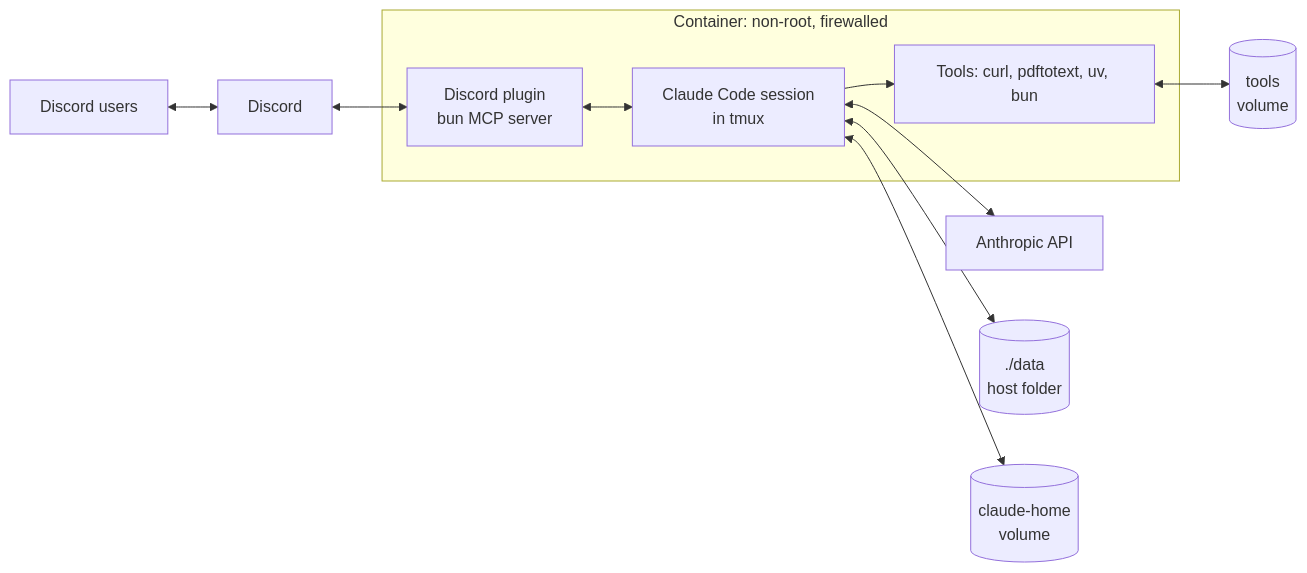
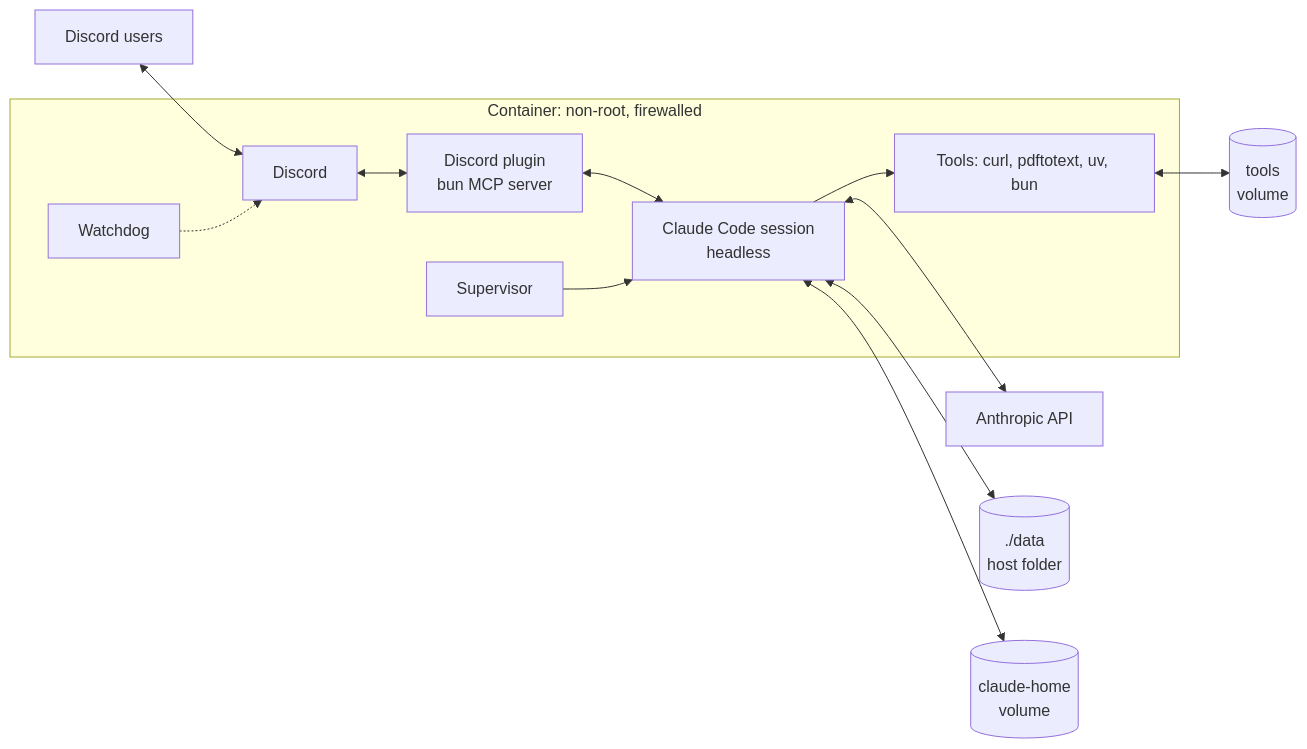
One commit to thewh1teagle/sancho changed the diagram in docs/ARCHITECTURE.md. Above: the diagram before and after it, drawn with Mermaid. The commit also changed other lines of this file and 7 other files, not shown here.

First line of the commit message:
Run Claude headless under a supervisor, add API-error watchdog

````diff
--- a/docs/ARCHITECTURE.md
+++ b/docs/ARCHITECTURE.md
@@ -5,13 +5,15 @@
 ```mermaid
 flowchart LR
     U[Discord users] <--> D[Discord]
     subgraph C[Container: non-root, firewalled]
-        P[Discord plugin<br/>bun MCP server] <--> S[Claude Code session<br/>in tmux]
+        P[Discord plugin<br/>bun MCP server] <--> S[Claude Code session<br/>headless]
         S --> T[Tools: curl, pdftotext, uv, bun]
+        SV[Supervisor] --> S
+        W[Watchdog] -.-> D
     end
     D <--> P
     S <--> A[Anthropic API]
     S <--> V1[(./data<br/>host folder)]
     S <--> V2[(claude-home<br/>volume)]
     T <--> V3[(tools<br/>volume)]
 ```
````
